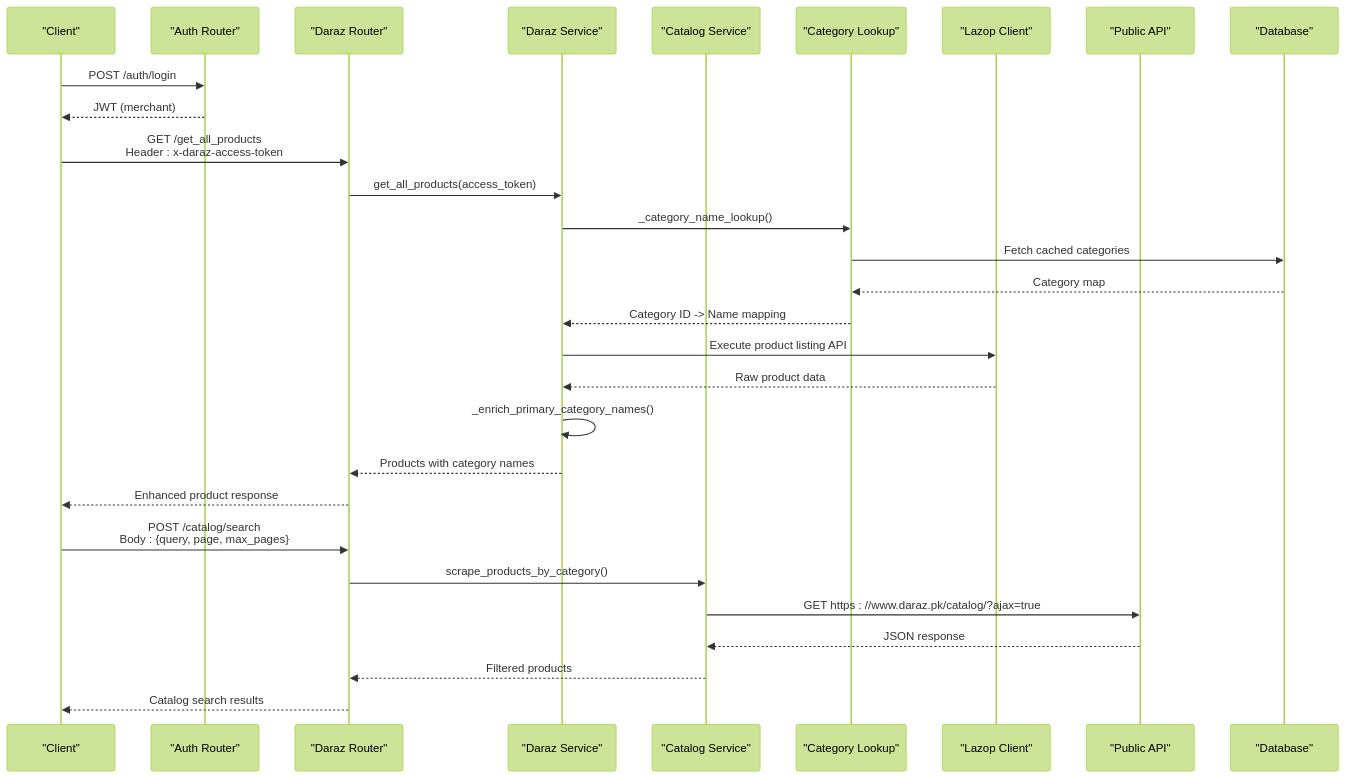
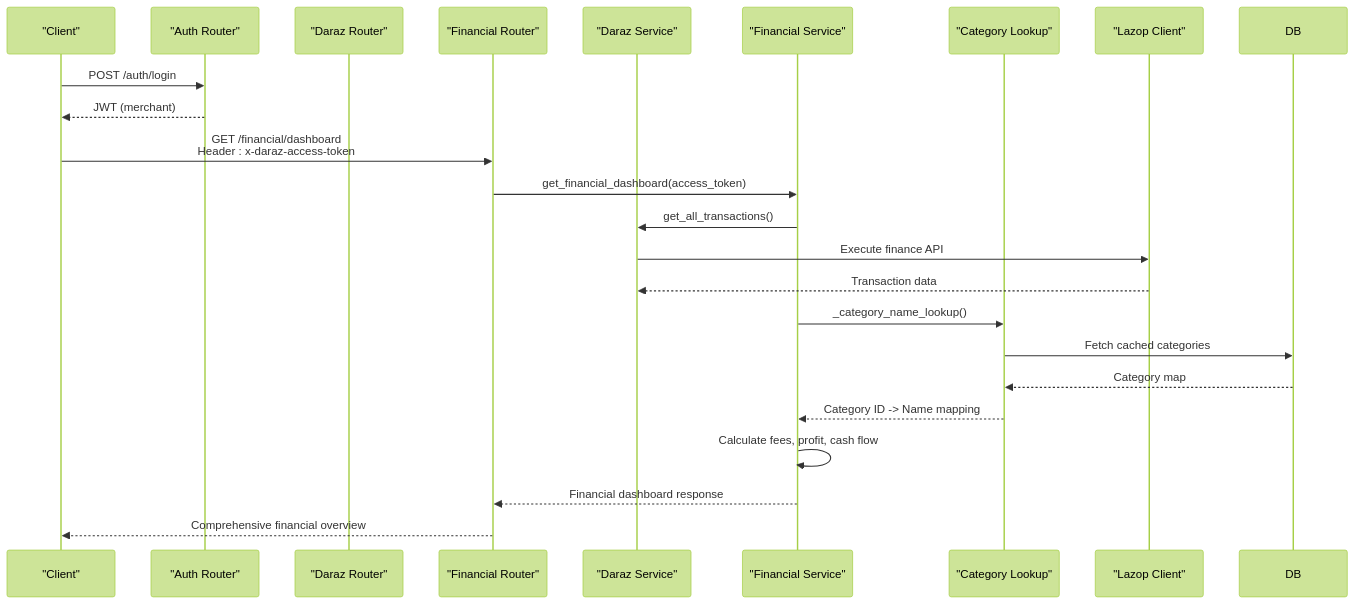
Before and after one commit to Muhammad-Masood/tijarah-ai-backend: the second of 7 diagrams in .qoder/repowiki/en/content/API Reference/Marketplace Integration API/Daraz Integration API.md, drawn with Mermaid (forest theme). The commit also changed other lines of this file and 14 other files, not shown here.

First line of the commit message:
feat(financial): add comprehensive financial analytics system with multiple endpoints

````diff
--- a/.qoder/repowiki/en/content/API Reference/Marketplace Integration API/Daraz Integration API.md
+++ b/.qoder/repowiki/en/content/API Reference/Marketplace Integration API/Daraz Integration API.md
@@ -143,31 +157,25 @@
 ```mermaid
 sequenceDiagram
 participant C as "Client"
 participant A as "Auth Router"
 participant D as "Daraz Router"
+participant F as "Financial Router"
 participant S as "Daraz Service"
-participant CS as "Catalog Service"
+participant FS as "Financial Service"
 participant CL as "Category Lookup"
 participant L as "Lazop Client"
-participant PA as "Public API"
-participant DB as "Database"
 C->>A : POST /auth/login
 A-->>C : JWT (merchant)
-C->>D : GET /get_all_products<br/>Header : x-daraz-access-token
-D->>S : get_all_products(access_token)
-S->>CL : _category_name_lookup()
+C->>F : GET /financial/dashboard<br/>Header : x-daraz-access-token
+F->>FS : get_financial_dashboard(access_token)
+FS->>S : get_all_transactions()
+S->>L : Execute finance API
+L-->>S : Transaction data
+FS->>CL : _category_name_lookup()
 CL->>DB : Fetch cached categories
 DB-->>CL : Category map
-CL-->>S : Category ID -> Name mapping
-S->>L : Execute product listing API
-L-->>S : Raw product data
-S->>S : _enrich_primary_category_names()
-S-->>D : Products with category names
-D-->>C : Enhanced product response
-C->>D : POST /catalog/search<br/>Body : {query, page, max_pages}
-D->>CS : scrape_products_by_category()
-CS->>PA : GET https : //www.daraz.pk/catalog/?ajax=true
-PA-->>CS : JSON response
-CS-->>D : Filtered products
-D-->>C : Catalog search results
+CL-->>FS : Category ID -> Name mapping
+FS->>FS : Calculate fees, profit, cash flow
+FS-->>F : Financial dashboard response
+F-->>C : Comprehensive financial overview
 ```
````
